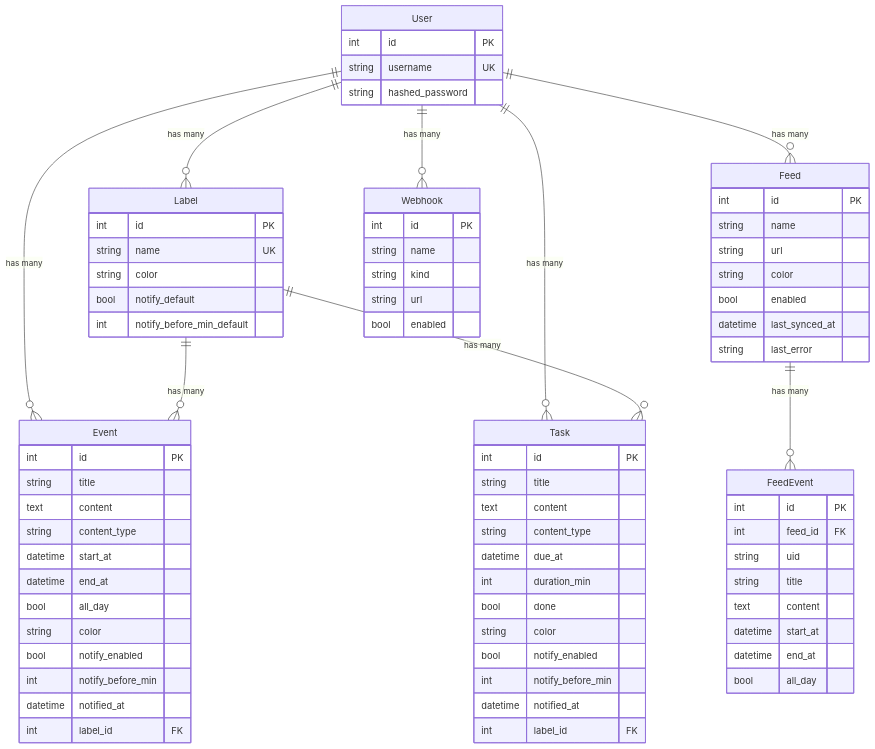
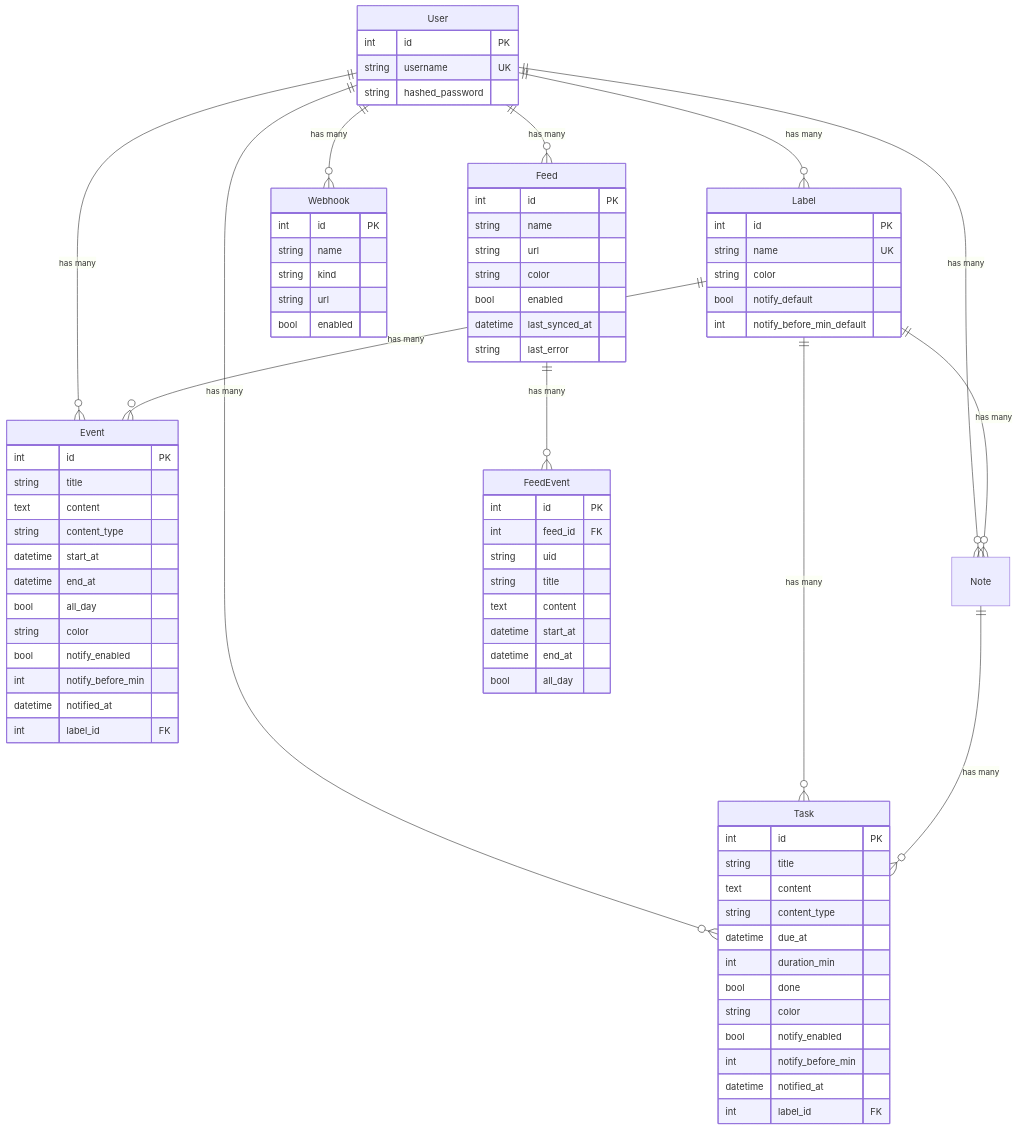
One commit to CHITALab/harosystem changed the diagram in README.md. Above: the diagram before and after it, drawn with Mermaid. The commit also changed other lines of this file and 15 other files, not shown here.

````diff
--- a/README.md
+++ b/README.md
@@ -145,78 +147,81 @@
 ```mermaid
 erDiagram
     User ||--o{ Label : "has many"
     User ||--o{ Event : "has many"
     User ||--o{ Task : "has many"
+    User ||--o{ Note : "has many"
     User ||--o{ Feed : "has many"
     User ||--o{ Webhook : "has many"
     Label ||--o{ Event : "has many"
     Label ||--o{ Task : "has many"
+    Label ||--o{ Note : "has many"
+    Note ||--o{ Task : "has many"
     Feed ||--o{ FeedEvent : "has many"
 
     User {
         int id PK
         string username UK
         string hashed_password
     }
     Label {
         int id PK
         string name UK
         string color
         bool notify_default
         int notify_before_min_default
     }
     Event {
         int id PK
         string title
         text content
         string content_type
         datetime start_at
         datetime end_at
         bool all_day
         string color
         bool notify_enabled
         int notify_before_min
         datetime notified_at
         int label_id FK
     }
     Task {
         int id PK
         string title
         text content
         string content_type
         datetime due_at
         int duration_min
         bool done
         string color
         bool notify_enabled
         int notify_before_min
         datetime notified_at
         int label_id FK
     }
     Feed {
         int id PK
         string name
         string url
         string color
         bool enabled
         datetime last_synced_at
         string last_error
     }
     FeedEvent {
         int id PK
         int feed_id FK
         string uid
         string title
         text content
         datetime start_at
         datetime end_at
         bool all_day
     }
     Webhook {
         int id PK
         string name
         string kind
         string url
         bool enabled
     }
 ```
````
